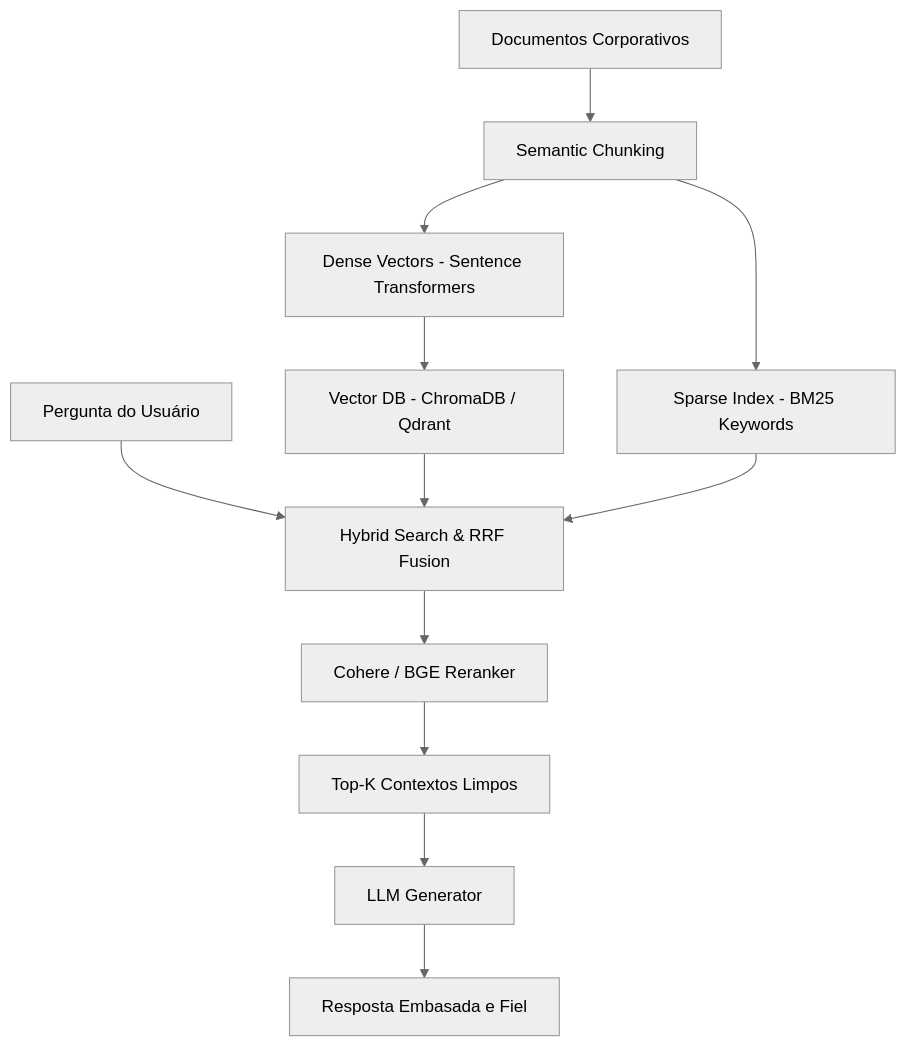
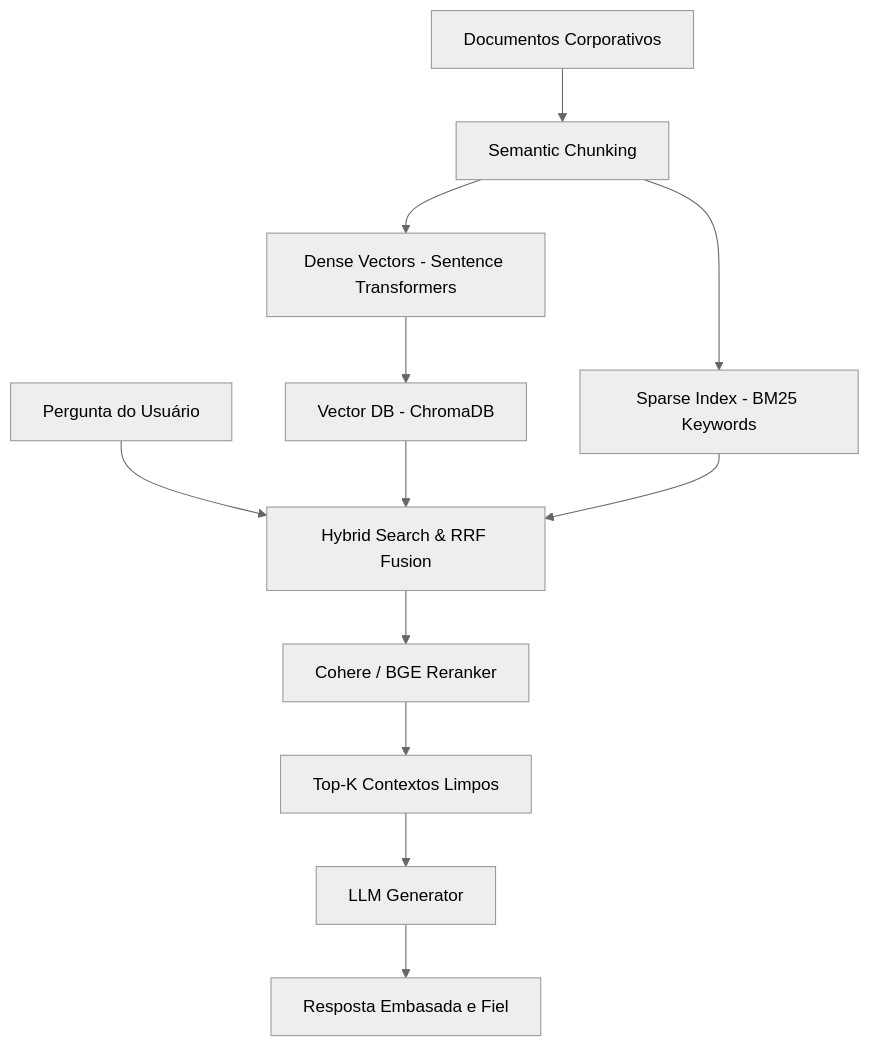
The third of 3 diagrams in apostila/Apostila_Completa.md (EmmanuelNunes/SECOMP---IA), drawn with Mermaid (neutral theme) before and after one commit. The commit also changed other lines of this file and 6 other files, not shown here.

````diff
--- a/apostila/Apostila_Completa.md
+++ b/apostila/Apostila_Completa.md
@@ -142,16 +116,16 @@
 ```mermaid
 flowchart TD
     Doc[Documentos Corporativos] --> SemanticChunking[Semantic Chunking]
     SemanticChunking --> DenseEmbed[Dense Vectors - Sentence Transformers]
     SemanticChunking --> SparseIndex[Sparse Index - BM25 Keywords]
-    DenseEmbed --> VectorDB[Vector DB - ChromaDB / Qdrant]
+    DenseEmbed --> VectorDB[Vector DB - ChromaDB]
     
     Query[Pergunta do Usuário] --> HybridSearch[Hybrid Search & RRF Fusion]
     VectorDB --> HybridSearch
     SparseIndex --> HybridSearch
     
     HybridSearch --> Reranker[Cohere / BGE Reranker]
     Reranker --> TopKContext[Top-K Contextos Limpos]
     TopKContext --> LLM[LLM Generator]
     LLM --> FinalAnswer[Resposta Embasada e Fiel]
 ```
````
